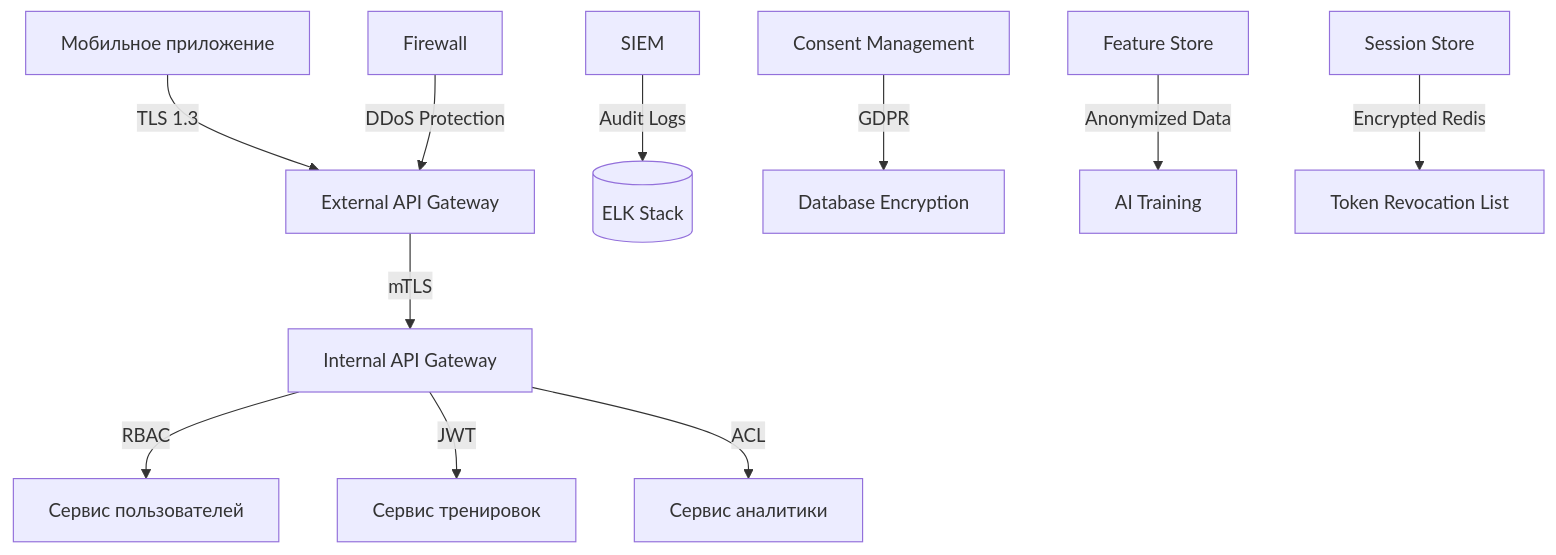
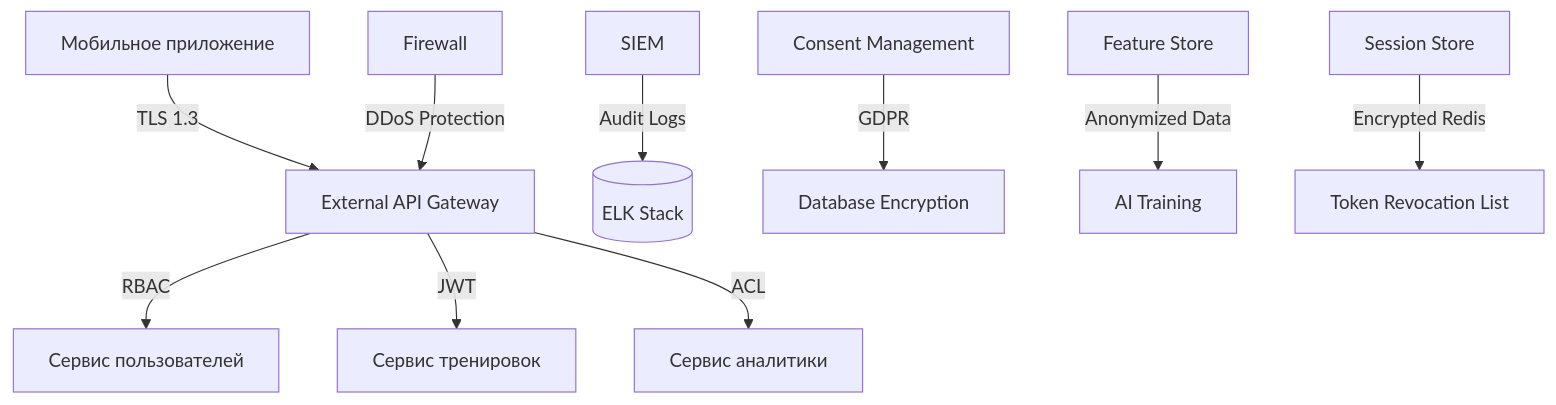
One commit to andreyantropov/architect-coursework changed the diagram in architecture/basic-presentations/security.md. Above: the diagram before and after it, drawn with Mermaid. The commit also changed 9 other files, not shown here.

Commit message:
fix: Internal API Gateway заменен на External API Gateway во всех схемах (ChatGPT зачем-то переименовал при переносе из Google Disk в Gitlab).

````diff
--- a/architecture/basic-presentations/security.md
+++ b/architecture/basic-presentations/security.md
@@ -3,14 +3,13 @@
 ```mermaid
 graph TD
     A[Мобильное приложение] -->|TLS 1.3| B[External API Gateway]
-    B -->|mTLS| C[Internal API Gateway]
-    C -->|RBAC| D[Сервис пользователей]
-    C -->|JWT| E[Сервис тренировок]
-    C -->|ACL| F[Сервис аналитики]
+    B -->|RBAC| D[Сервис пользователей]
+    B -->|JWT| E[Сервис тренировок]
+    B -->|ACL| F[Сервис аналитики]
 
     G[SIEM] -->|Audit Logs| H[(ELK Stack)]
     I[Firewall] -->|DDoS Protection| B
     J[Consent Management] -->|GDPR| K[Database Encryption]
     L[Feature Store] -->|Anonymized Data| M[AI Training]
     N[Session Store] -->|Encrypted Redis| O[Token Revocation List]
 ```
````
